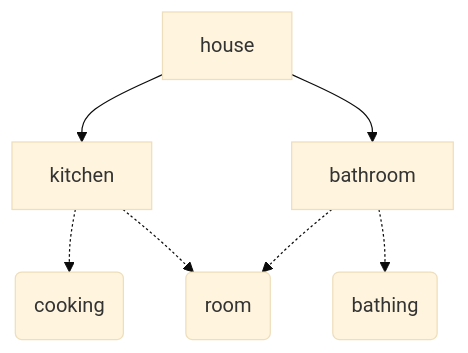
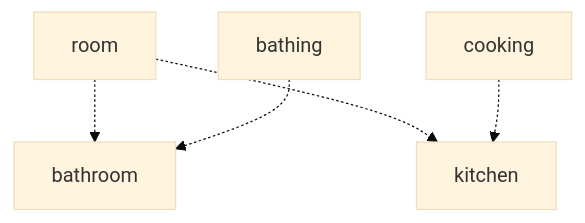
The first of 2 diagrams in src/routes/(app)/package-explorer/README.md (GaryB432/bortosky-com), drawn with Mermaid (base theme) before and after one commit. The commit also changed 2 other files, not shown here.

Commit message:
stub mermaid

````diff
--- a/src/routes/(app)/package-explorer/README.md
+++ b/src/routes/(app)/package-explorer/README.md
@@ -19,11 +19,10 @@
 ```mermaid
 graph TD
-A[house] --> K[kitchen]
-A --> B[bathroom]
-B -.-> R(room)
-B -.-> M(bathing)
-K -.-> L(cooking)
-K -.-> R
-
-
+A[room]
+A -.-> bathroom
+A -.-> kitchen
+B[bathing]
+B -.-> bathroom
+C[cooking]
+C -.-> kitchen
 ```
````
